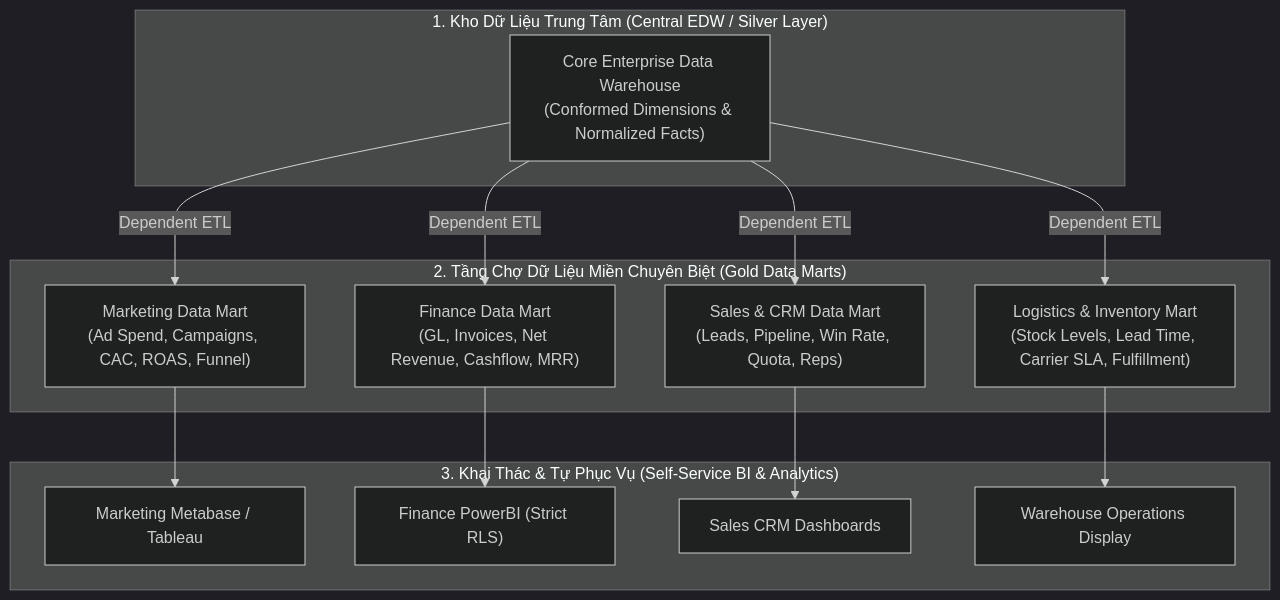
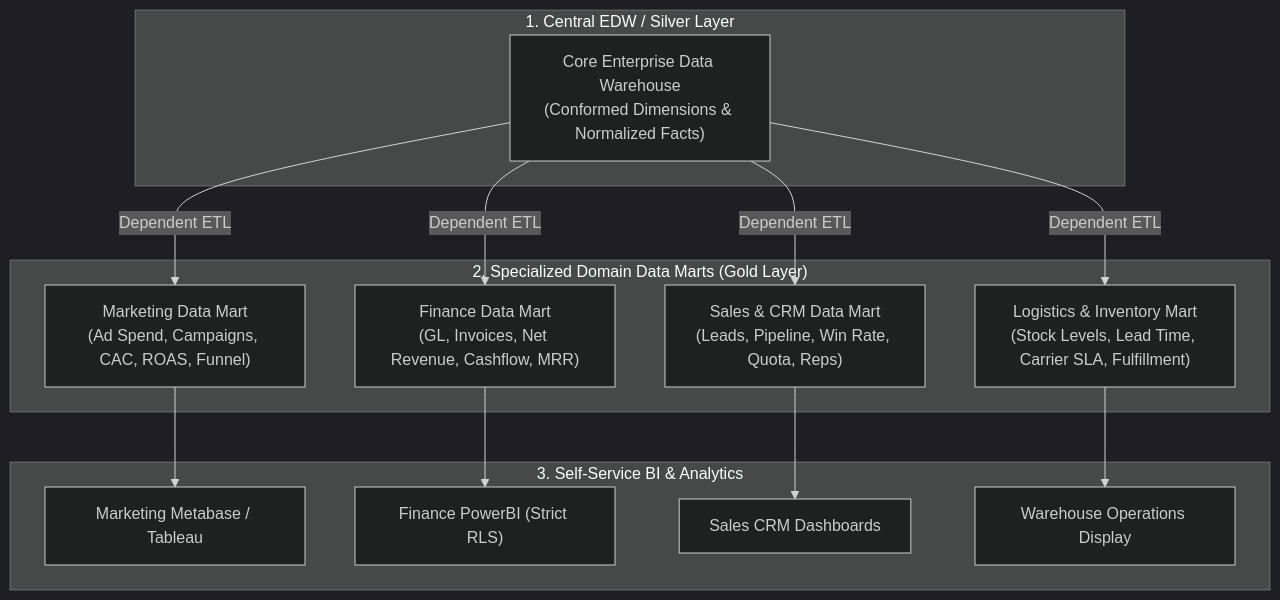
One commit to ga2631/ga2631.github.io changed the diagram in src/data/blog/en/58-2026-08-04-mastering-data-mart-architecture-dependent-independent-hybrid-analytics.md. Above: the diagram before and after it, drawn with Mermaid (dark theme). The commit also changed other lines of this file and 74 other files, not shown here.

````diff
--- a/src/data/blog/en/58-2026-08-04-mastering-data-mart-architecture-dependent-independent-hybrid-analytics.md
+++ b/src/data/blog/en/58-2026-08-04-mastering-data-mart-architecture-dependent-independent-hybrid-analytics.md
@@ -73,30 +73,30 @@
 ```mermaid
 flowchart TD
-    subgraph CentralStorage ["1. Kho Dữ Liệu Trung Tâm (Central EDW / Silver Layer)"]
+    subgraph CentralStorage ["1. Central EDW / Silver Layer"]
         EDWCore["Core Enterprise Data Warehouse<br/>(Conformed Dimensions & Normalized Facts)"]
     end
 
-    subgraph DomainDataMarts ["2. Tầng Chợ Dữ Liệu Miền Chuyên Biệt (Gold Data Marts)"]
+    subgraph DomainDataMarts ["2. Specialized Domain Data Marts (Gold Layer)"]
         MarketingMart["Marketing Data Mart<br/>(Ad Spend, Campaigns, CAC, ROAS, Funnel)"]
         FinanceMart["Finance Data Mart<br/>(GL, Invoices, Net Revenue, Cashflow, MRR)"]
         SalesMart["Sales & CRM Data Mart<br/>(Leads, Pipeline, Win Rate, Quota, Reps)"]
         SupplyChainMart["Logistics & Inventory Mart<br/>(Stock Levels, Lead Time, Carrier SLA, Fulfillment)"]
     end
 
-    subgraph BusinessConsumers ["3. Khai Thác & Tự Phục Vụ (Self-Service BI & Analytics)"]
+    subgraph BusinessConsumers ["3. Self-Service BI & Analytics"]
         MktBI["Marketing Metabase / Tableau"]
         FinBI["Finance PowerBI (Strict RLS)"]
         SalesBI["Sales CRM Dashboards"]
         OpsBI["Warehouse Operations Display"]
     end
 
     EDWCore -->|"Dependent ETL"| MarketingMart
     EDWCore -->|"Dependent ETL"| FinanceMart
     EDWCore -->|"Dependent ETL"| SalesMart
     EDWCore -->|"Dependent ETL"| SupplyChainMart
 
     MarketingMart --> MktBI
     FinanceMart --> FinBI
     SalesMart --> SalesBI
     SupplyChainMart --> OpsBI
 ```
````
